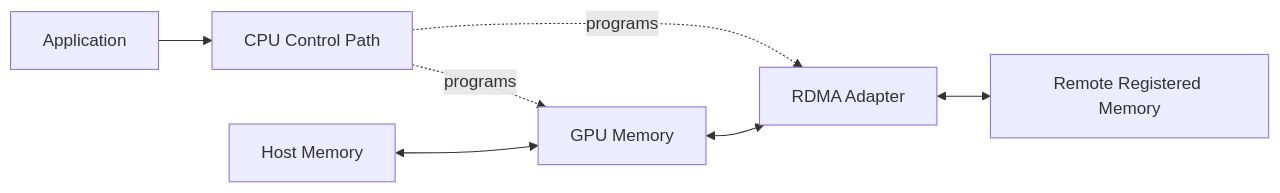
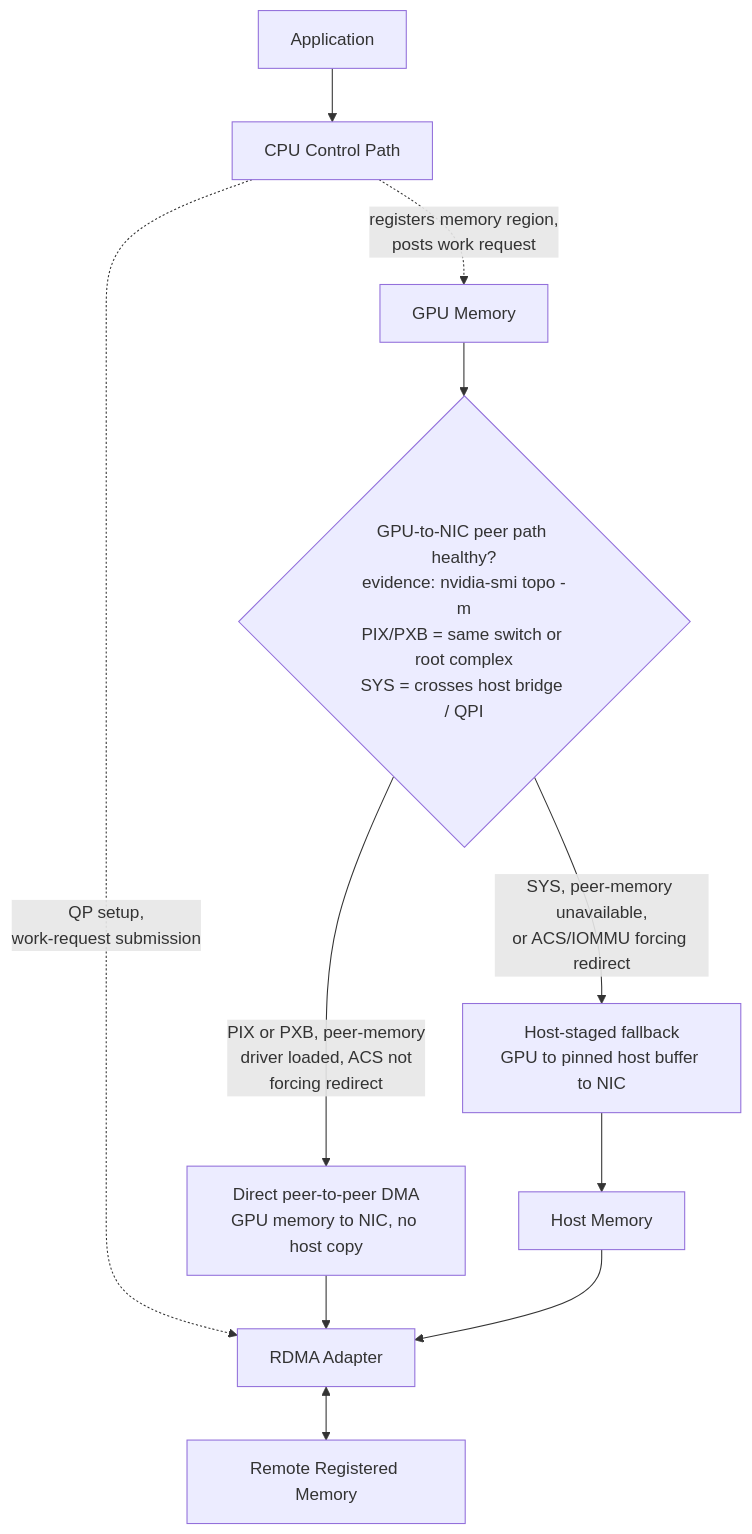
Before and after one commit to jithinpnjm/nvidia-devops: the first of 4 diagrams in docs/nvidia-zero-to-hero/volume-07/chapter-04-dma-rdma-and-peer-to-peer.md, drawn with Mermaid. The commit also changed other lines of this file and 10 other files, not shown here.

````diff
--- a/docs/nvidia-zero-to-hero/volume-07/chapter-04-dma-rdma-and-peer-to-peer.md
+++ b/docs/nvidia-zero-to-hero/volume-07/chapter-04-dma-rdma-and-peer-to-peer.md
@@ -54,16 +54,14 @@
 ```mermaid
-flowchart LR
-    App[Application]
-    CPU[CPU Control Path]
-    Host[Host Memory]
-    GPU[GPU Memory]
-    NIC[RDMA Adapter]
-    Remote[Remote Registered Memory]
+flowchart TD
+    App[Application] --> CPU[CPU Control Path]
+    CPU -. "registers memory region,<br/>posts work request" .-> GPU[GPU Memory]
+    CPU -. "QP setup,<br/>work-request submission" .-> NIC[RDMA Adapter]
 
-    App --> CPU
-    CPU -. programs .-> GPU
-    CPU -. programs .-> NIC
-    Host <--> GPU
-    GPU <--> NIC
-    NIC <--> Remote
+    GPU --> Q{"GPU-to-NIC peer path healthy?<br/>evidence: nvidia-smi topo -m<br/>PIX/PXB = same switch or root complex<br/>SYS = crosses host bridge / QPI"}
+    Q -->|"PIX or PXB, peer-memory<br/>driver loaded, ACS not<br/>forcing redirect"| Direct["Direct peer-to-peer DMA<br/>GPU memory to NIC, no host copy"]
+    Q -->|"SYS, peer-memory unavailable,<br/>or ACS/IOMMU forcing redirect"| Fallback["Host-staged fallback<br/>GPU to pinned host buffer to NIC"]
+
+    Direct --> NIC
+    Fallback --> Host[Host Memory] --> NIC
+    NIC <--> Remote[Remote Registered Memory]
 ```
````
